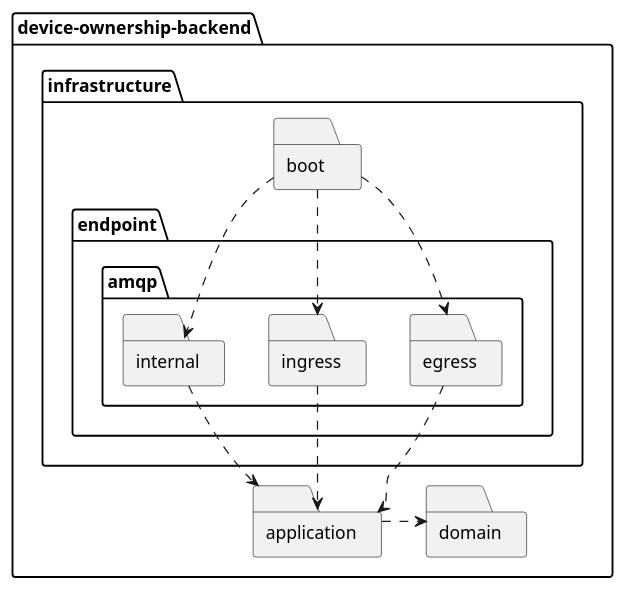
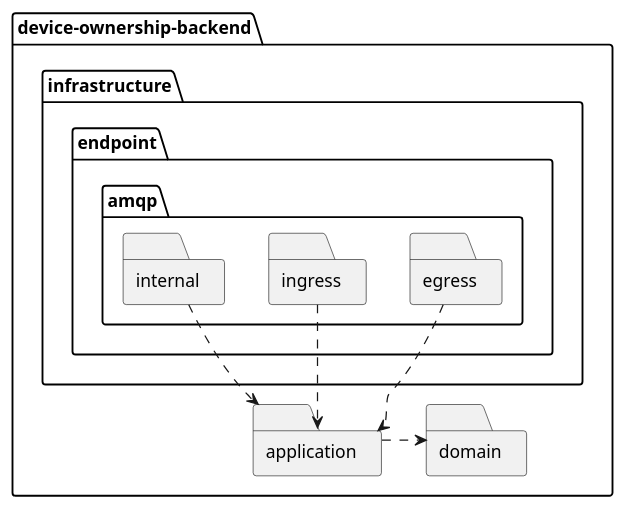
The diagram in assets/diagrams/design/architectural/level3/development/device-ownership-backend.pu (FilipeMCruz/dissertation), drawn with PlantUML before and after one commit. The commit also changed 165 other files, not shown here.

Commit message:
Fixed level 3 of design and some diagrams here and there

```diff
--- a/assets/diagrams/design/architectural/level3/development/device-ownership-backend.pu
+++ b/assets/diagrams/design/architectural/level3/development/device-ownership-backend.pu
@@ -1,26 +1,22 @@
 @startuml device-ownership-backend
 
 folder "device-ownership-backend" {
     folder "application" as APP
     folder "domain" as DOM
     folder "infrastructure" as INFRA {
-        folder "boot" as BOOT
         folder "endpoint" as ENDPOINT {
             folder "amqp" as AMQP {
                 folder "egress" as EGRESS
                 folder "ingress" as INGRESS
                 folder "internal" as INTERNAL
             }
         }
     }
 
     EGRESS ..> APP
     INGRESS ..> APP
     INTERNAL ..> APP
     APP .> DOM
-    BOOT ..> INTERNAL
-    BOOT ..> EGRESS
-    BOOT ..> INGRESS
 }
 
 @enduml
```
